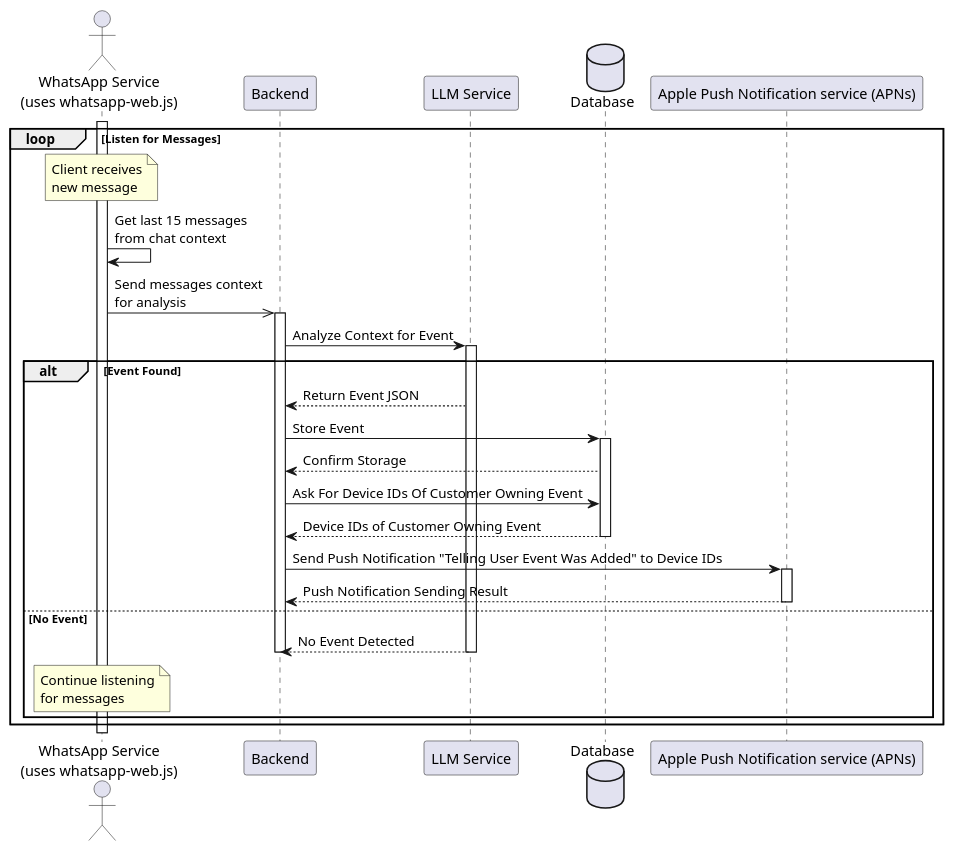
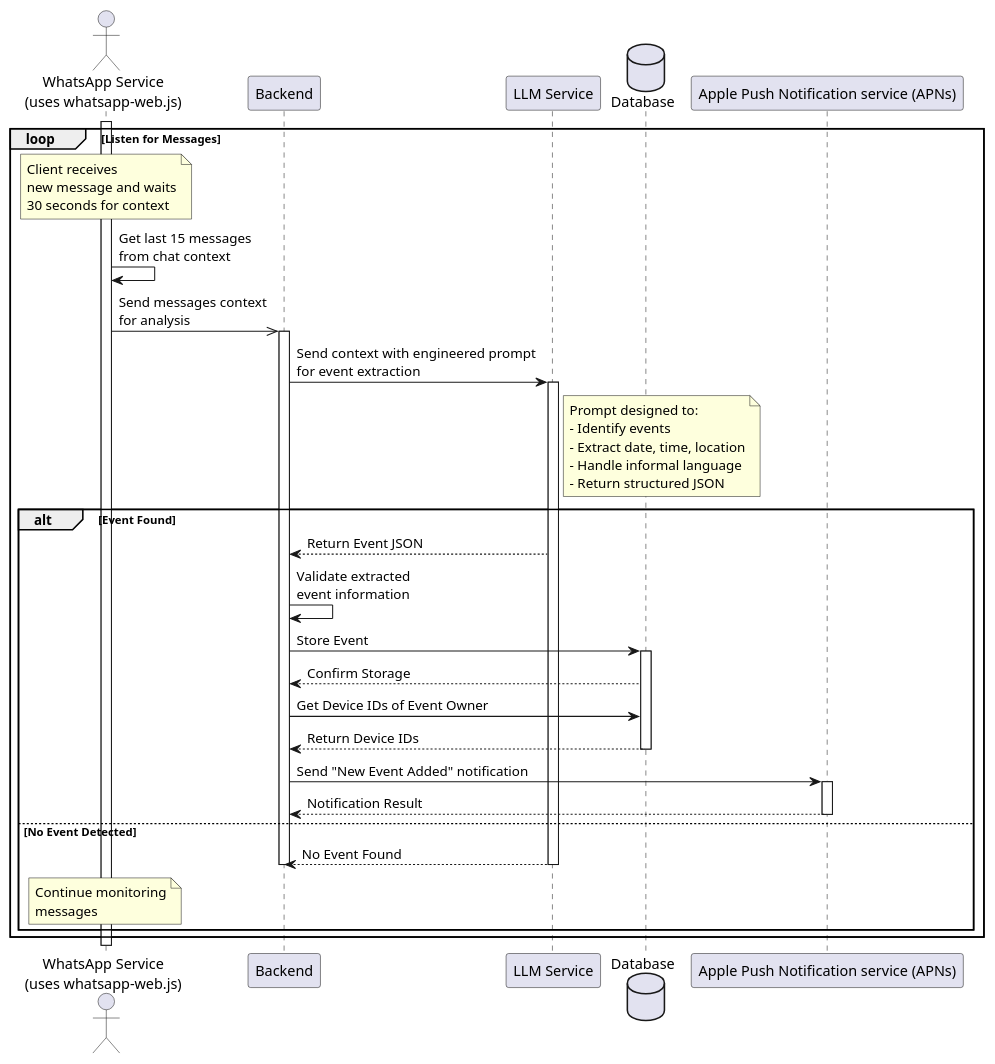
One commit to jadwalapp/symmetrical-spoon changed the eighth of 14 diagrams in docs/diagrams/sequence-diagrams/all-sequence-diagrams.puml. Above: the diagram before and after it, drawn with PlantUML. The commit also changed 4 other files, not shown here.

Commit message:
make sequence diagram better

```diff
--- a/docs/diagrams/sequence-diagrams/all-sequence-diagrams.puml
+++ b/docs/diagrams/sequence-diagrams/all-sequence-diagrams.puml
@@ -192,32 +192,40 @@
 @startuml Extract Events from WhatsApp
 actor "WhatsApp Service\n(uses whatsapp-web.js)" as WhatsApp
 participant Backend
 participant "LLM Service" as LLM
 database Database
 participant "Apple Push Notification service (APNs)" as APN
 
 activate WhatsApp
 loop Listen for Messages
-    note over WhatsApp: Client receives\nnew message
+    note over WhatsApp: Client receives\nnew message and waits\n30 seconds for context
+
     WhatsApp -> WhatsApp: Get last 15 messages\nfrom chat context
     
     WhatsApp ->> Backend ++: Send messages context\nfor analysis
-    Backend -> LLM ++: Analyze Context for Event
+
+    Backend -> LLM ++: Send context with engineered prompt\nfor event extraction
+    note right of LLM: Prompt designed to:\n- Identify events\n- Extract date, time, location\n- Handle informal language\n- Return structured JSON
     
     alt Event Found
         LLM --> Backend: Return Event JSON
+        
+        Backend -> Backend: Validate extracted\nevent information
+        
         Backend -> Database ++: Store Event
         Database --> Backend: Confirm Storage
 
-        Backend -> Database : Ask For Device IDs Of Customer Owning Event
-        Database --> Backend -- : Device IDs of Customer Owning Event
-        Backend -> APN ++ : Send Push Notification "Telling User Event Was Added" to Device IDs
-        APN --> Backend -- : Push Notification Sending Result
-    else No Event
-        LLM --> Backend --: No Event Detected
+        Backend -> Database: Get Device IDs of Event Owner
+        Database --> Backend --: Return Device IDs
+        
+        Backend -> APN ++: Send "New Event Added" notification
+        APN --> Backend --: Notification Result
+        
+    else No Event Detected
+        LLM --> Backend --: No Event Found
         deactivate Backend
-        note over WhatsApp: Continue listening\nfor messages
+        note over WhatsApp: Continue monitoring\nmessages
     end
 end
 
 @enduml
```
